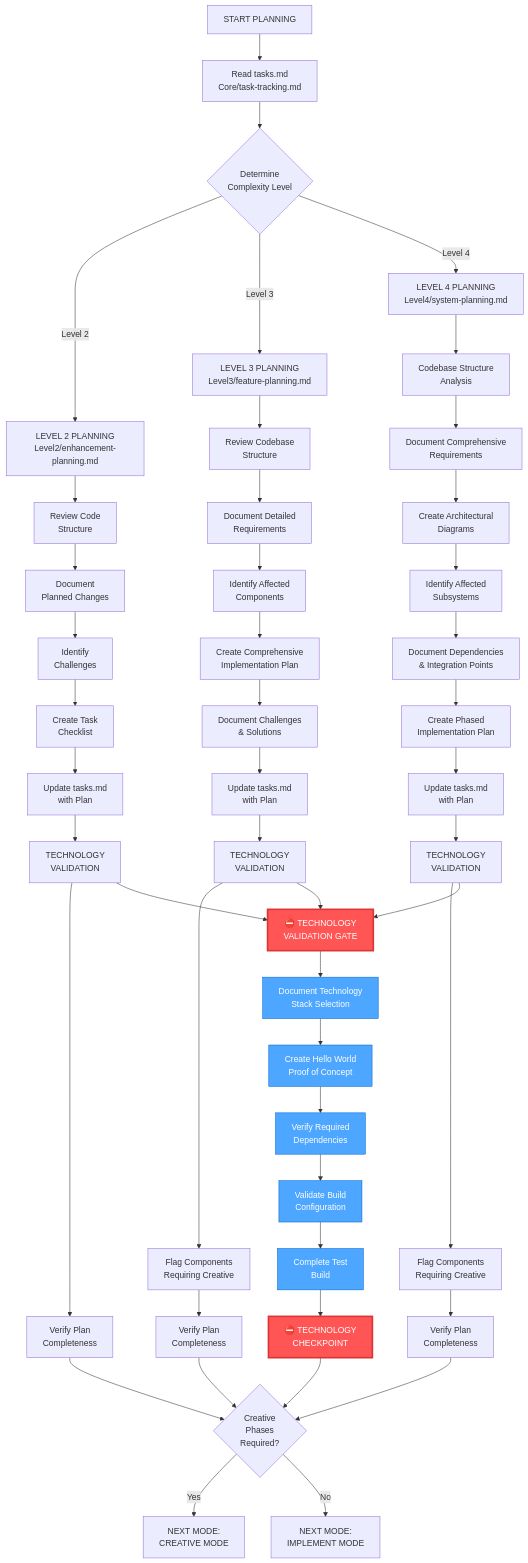
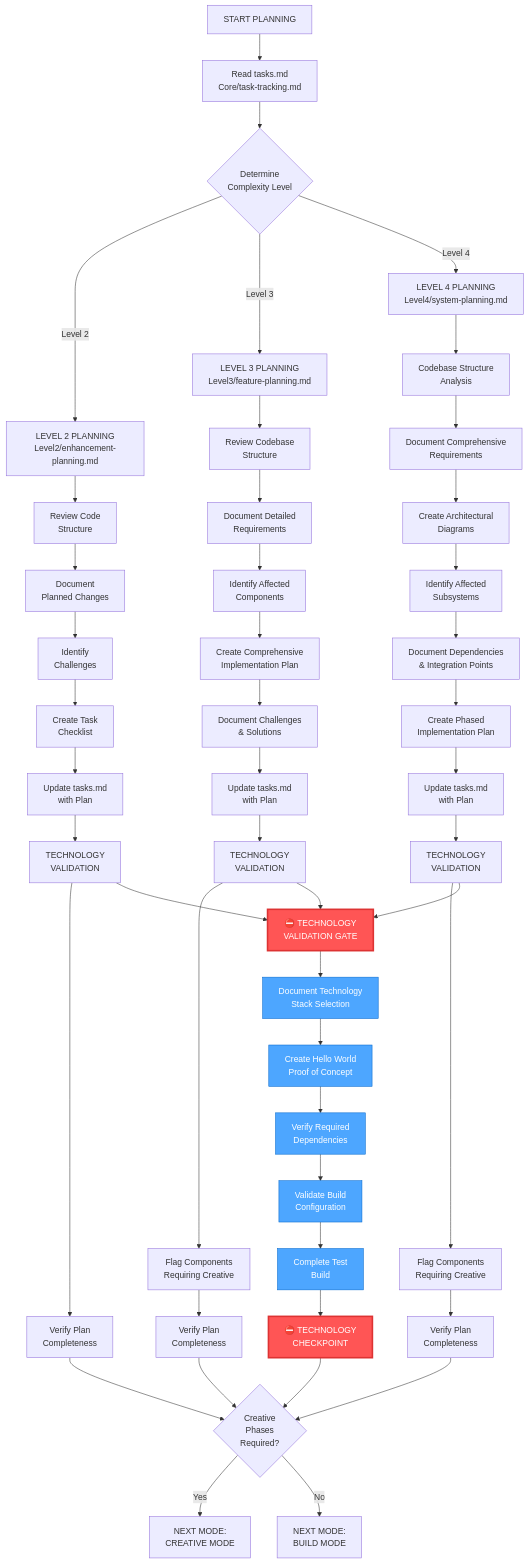
The first of 5 diagrams in .cursor/rules/isolation_rules/visual-maps/plan-mode-map.mdc (aleasweb/cityQuest), drawn with Mermaid before and after one commit. The commit also changed other lines of this file and 26 other files, not shown here.

````diff
--- a/.cursor/rules/isolation_rules/visual-maps/plan-mode-map.mdc
+++ b/.cursor/rules/isolation_rules/visual-maps/plan-mode-map.mdc
@@ -13,67 +13,67 @@
 ```mermaid
 graph TD
     Start["START PLANNING"] --> ReadTasks["Read tasks.md<br>Core/task-tracking.md"]
     
     %% Complexity Level Determination
     ReadTasks --> CheckLevel{"Determine<br>Complexity Level"}
     CheckLevel -->|"Level 2"| Level2["LEVEL 2 PLANNING<br>Level2/enhancement-planning.md"]
     CheckLevel -->|"Level 3"| Level3["LEVEL 3 PLANNING<br>Level3/feature-planning.md"]
     CheckLevel -->|"Level 4"| Level4["LEVEL 4 PLANNING<br>Level4/system-planning.md"]
     
     %% Level 2 Planning
     Level2 --> L2Review["Review Code<br>Structure"]
     L2Review --> L2Document["Document<br>Planned Changes"]
     L2Document --> L2Challenges["Identify<br>Challenges"]
     L2Challenges --> L2Checklist["Create Task<br>Checklist"]
     L2Checklist --> L2Update["Update tasks.md<br>with Plan"]
     L2Update --> L2Tech["TECHNOLOGY<br>VALIDATION"]
     L2Tech --> L2Verify["Verify Plan<br>Completeness"]
     
     %% Level 3 Planning
     Level3 --> L3Review["Review Codebase<br>Structure"]
     L3Review --> L3Requirements["Document Detailed<br>Requirements"]
     L3Requirements --> L3Components["Identify Affected<br>Components"]
     L3Components --> L3Plan["Create Comprehensive<br>Implementation Plan"]
     L3Plan --> L3Challenges["Document Challenges<br>& Solutions"]
     L3Challenges --> L3Update["Update tasks.md<br>with Plan"]
     L3Update --> L3Tech["TECHNOLOGY<br>VALIDATION"]
     L3Tech --> L3Flag["Flag Components<br>Requiring Creative"]
     L3Flag --> L3Verify["Verify Plan<br>Completeness"]
     
     %% Level 4 Planning
     Level4 --> L4Analysis["Codebase Structure<br>Analysis"]
     L4Analysis --> L4Requirements["Document Comprehensive<br>Requirements"]
     L4Requirements --> L4Diagrams["Create Architectural<br>Diagrams"]
     L4Diagrams --> L4Subsystems["Identify Affected<br>Subsystems"]
     L4Subsystems --> L4Dependencies["Document Dependencies<br>& Integration Points"]
     L4Dependencies --> L4Plan["Create Phased<br>Implementation Plan"]
     L4Plan --> L4Update["Update tasks.md<br>with Plan"]
     L4Update --> L4Tech["TECHNOLOGY<br>VALIDATION"]
     L4Tech --> L4Flag["Flag Components<br>Requiring Creative"]
     L4Flag --> L4Verify["Verify Plan<br>Completeness"]
     
     %% Technology Validation Gate - NEW
     L2Tech & L3Tech & L4Tech --> TechGate["⛔ TECHNOLOGY<br>VALIDATION GATE"]
     TechGate --> TechSelection["Document Technology<br>Stack Selection"]
     TechSelection --> TechHelloWorld["Create Hello World<br>Proof of Concept"]
     TechHelloWorld --> TechDependencies["Verify Required<br>Dependencies"]
     TechDependencies --> TechConfig["Validate Build<br>Configuration"]
     TechConfig --> TechBuild["Complete Test<br>Build"]
     TechBuild --> TechVerify["⛔ TECHNOLOGY<br>CHECKPOINT"]
     
     %% Verification & Completion
     L2Verify & L3Verify & L4Verify & TechVerify --> CheckCreative{"Creative<br>Phases<br>Required?"}
     
     %% Mode Transition
     CheckCreative -->|"Yes"| RecCreative["NEXT MODE:<br>CREATIVE MODE"]
-    CheckCreative -->|"No"| RecImplement["NEXT MODE:<br>IMPLEMENT MODE"]
+    CheckCreative -->|"No"| RecBuild["NEXT MODE:<br>BUILD MODE"]
     
     %% Style for Technology Gate
     style TechGate fill:#ff5555,stroke:#dd3333,color:white,stroke-width:3px
     style TechVerify fill:#ff5555,stroke:#dd3333,color:white,stroke-width:3px
     style TechSelection fill:#4da6ff,stroke:#0066cc,color:white
     style TechHelloWorld fill:#4da6ff,stroke:#0066cc,color:white
     style TechDependencies fill:#4da6ff,stroke:#0066cc,color:white
     style TechConfig fill:#4da6ff,stroke:#0066cc,color:white
     style TechBuild fill:#4da6ff,stroke:#0066cc,color:white
 ```
````
